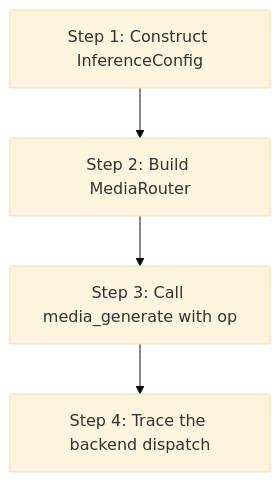
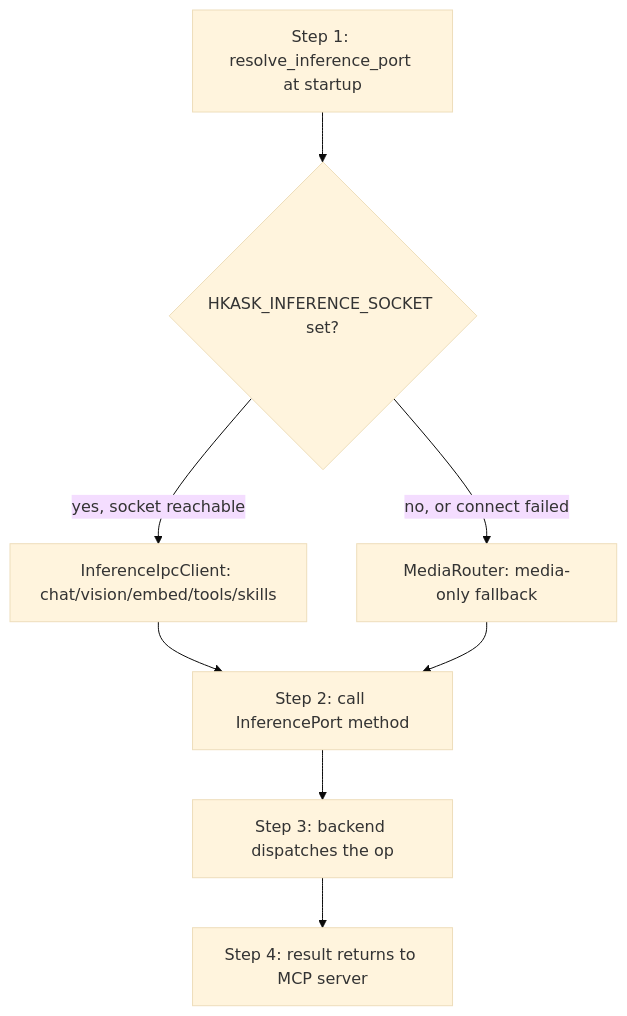
One commit to mdz-axo/zed-kask changed the diagram in kask/docs/diataxis/hkask-inference/tutorial.md. Above: the diagram before and after it, drawn with Mermaid (base theme). The commit also changed other lines of this file and 41 other files, not shown here.

````diff
--- a/kask/docs/diataxis/hkask-inference/tutorial.md
+++ b/kask/docs/diataxis/hkask-inference/tutorial.md
@@ -23,6 +31,10 @@
 ```mermaid
 flowchart TD
-        A[Step 1: Construct InferenceConfig] --> B[Step 2: Build MediaRouter]
-    B --> C[Step 3: Call media_generate with op]
-    C --> D[Step 4: Trace the backend dispatch]
+    A[Step 1: resolve_inference_port at startup] --> B{HKASK_INFERENCE_SOCKET set?}
+    B -- yes, socket reachable --> C[InferenceIpcClient: chat/vision/embed/tools/skills]
+    B -- no, or connect failed --> D[MediaRouter: media-only fallback]
+    C --> E[Step 2: call InferencePort method]
+    D --> E
+    E --> F[Step 3: backend dispatches the op]
+    F --> G[Step 4: result returns to MCP server]
 ```
````
